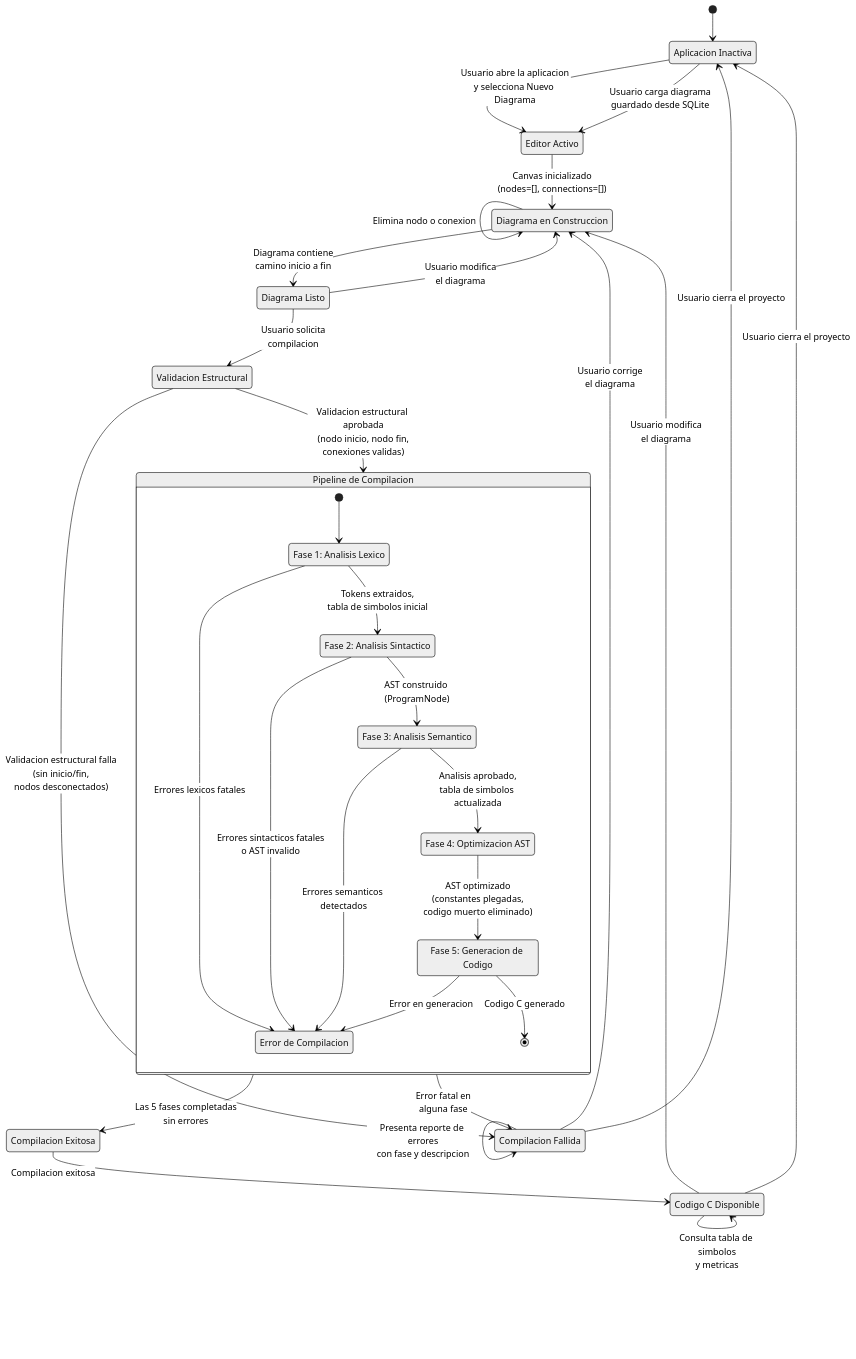
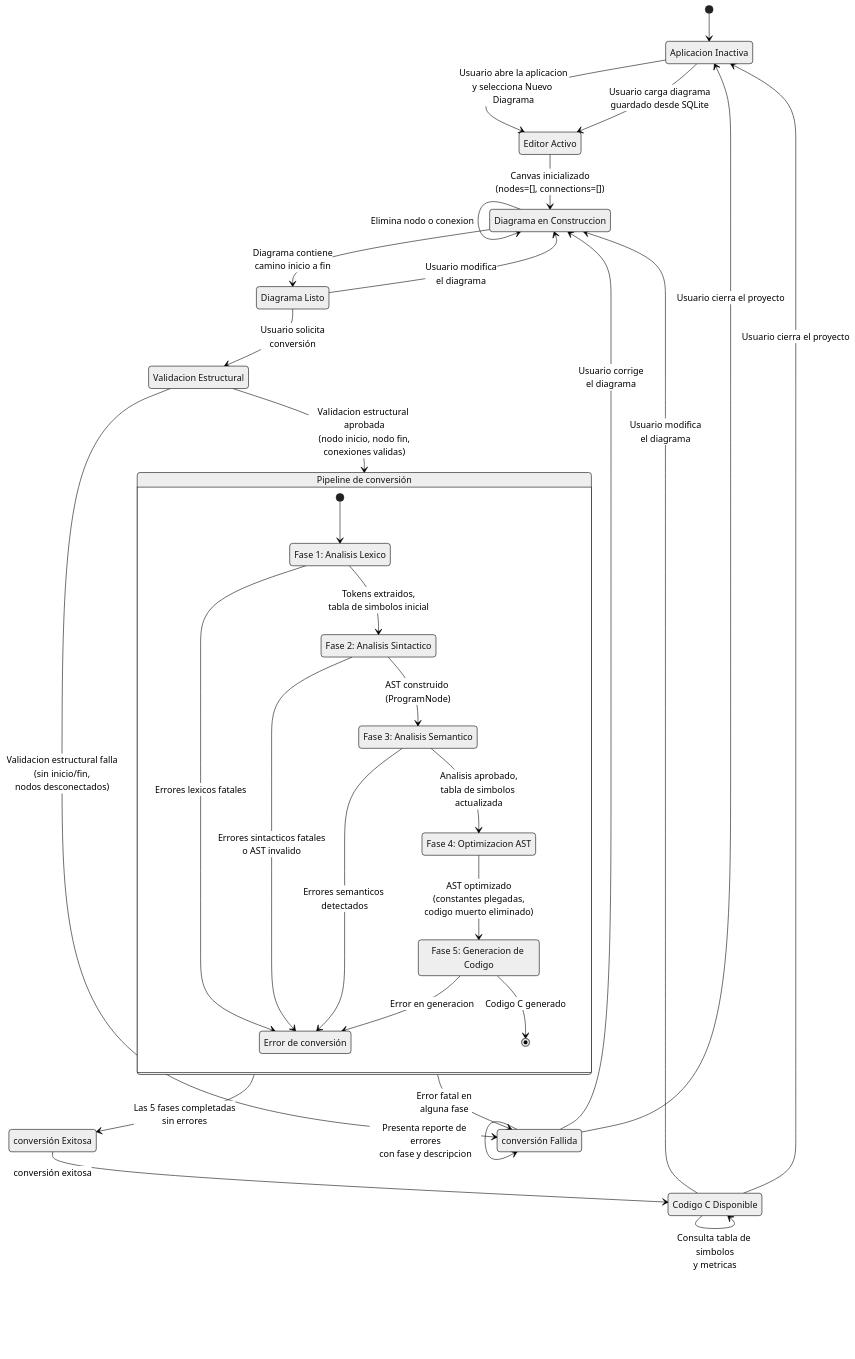
Before and after one commit to GUSTAVOIVANGQ/Trabajo-Terminal: the tenth of 10 diagrams in flowdiagramapp/docs/ciclo_1/diagramas_secuencia.md, drawn with Mermaid. The commit also changed other lines of this file and 59 other files, not shown here.

````diff
--- a/flowdiagramapp/docs/ciclo_1/diagramas_secuencia.md
+++ b/flowdiagramapp/docs/ciclo_1/diagramas_secuencia.md
@@ -599,69 +599,69 @@
 ```mermaid
 %%{init: {'theme': 'neutral'}}%%
 stateDiagram-v2
     [*] --> Inactivo
 
     state "Aplicacion Inactiva" as Inactivo
     state "Editor Activo" as Editor
     state "Diagrama en Construccion" as Construccion
     state "Diagrama Listo" as Listo
     state "Validacion Estructural" as Validacion
-    state "Pipeline de Compilacion" as Pipeline {
+    state "Pipeline de conversión" as Pipeline {
         state "Fase 1: Analisis Lexico" as F1
         state "Fase 2: Analisis Sintactico" as F2
         state "Fase 3: Analisis Semantico" as F3
         state "Fase 4: Optimizacion AST" as F4
         state "Fase 5: Generacion de Codigo" as F5
-        state "Error de Compilacion" as ErrorComp
+        state "Error de conversión" as ErrorComp
 
         [*] --> F1
 
         F1 --> F2 : Tokens extraidos,<br/>tabla de simbolos inicial
         F1 --> ErrorComp : Errores lexicos fatales
 
         F2 --> F3 : AST construido (ProgramNode)
         F2 --> ErrorComp : Errores sintacticos fatales<br/>o AST invalido
 
         F3 --> F4 : Analisis aprobado,<br/>tabla de simbolos actualizada
         F3 --> ErrorComp : Errores semanticos detectados
 
         F4 --> F5 : AST optimizado<br/>(constantes plegadas,<br/>codigo muerto eliminado)
 
         F5 --> [*] : Codigo C generado
         F5 --> ErrorComp : Error en generacion
     }
-    state "Compilacion Exitosa" as Exito
-    state "Compilacion Fallida" as Fallida
+    state "conversión Exitosa" as Exito
+    state "conversión Fallida" as Fallida
     state "Codigo C Disponible" as CodigoC
 
     Inactivo --> Editor : Usuario abre la aplicacion<br/>y selecciona Nuevo Diagrama
     Inactivo --> Editor : Usuario carga diagrama<br/>guardado desde SQLite
 
     Editor --> Construccion : Canvas inicializado<br/>(nodes=[], connections=[])
 
     Construccion --> Construccion : Agrega nodo desde paleta
     Construccion --> Construccion : Establece conexion entre nodos
     Construccion --> Construccion : Edita propiedades de nodo
     Construccion --> Construccion : Elimina nodo o conexion
     Construccion --> Listo : Diagrama contiene<br/>camino inicio a fin
 
     Listo --> Construccion : Usuario modifica<br/>el diagrama
-    Listo --> Validacion : Usuario solicita<br/>compilacion
+    Listo --> Validacion : Usuario solicita<br/>conversión
 
     Validacion --> Pipeline : Validacion estructural aprobada<br/>(nodo inicio, nodo fin,<br/>conexiones validas)
     Validacion --> Fallida : Validacion estructural falla<br/>(sin inicio/fin,<br/>nodos desconectados)
 
     Pipeline --> Exito : Las 5 fases completadas<br/>sin errores
     Pipeline --> Fallida : Error fatal en<br/>alguna fase
 
-    Exito --> CodigoC : Compilacion exitosa
+    Exito --> CodigoC : conversión exitosa
 
     CodigoC --> CodigoC : Visualiza codigo en<br/>panel lateral
     CodigoC --> CodigoC : Consulta tabla de simbolos<br/>y metricas
     CodigoC --> Construccion : Usuario modifica<br/>el diagrama
     CodigoC --> Inactivo : Usuario cierra el proyecto
 
     Fallida --> Fallida : Presenta reporte de errores<br/>con fase y descripcion
     Fallida --> Construccion : Usuario corrige<br/>el diagrama
     Fallida --> Inactivo : Usuario cierra el proyecto
 ```
````
